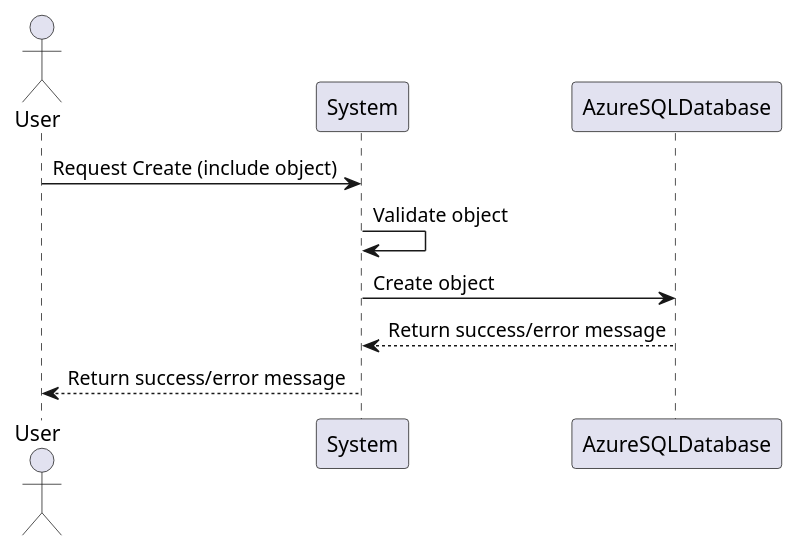
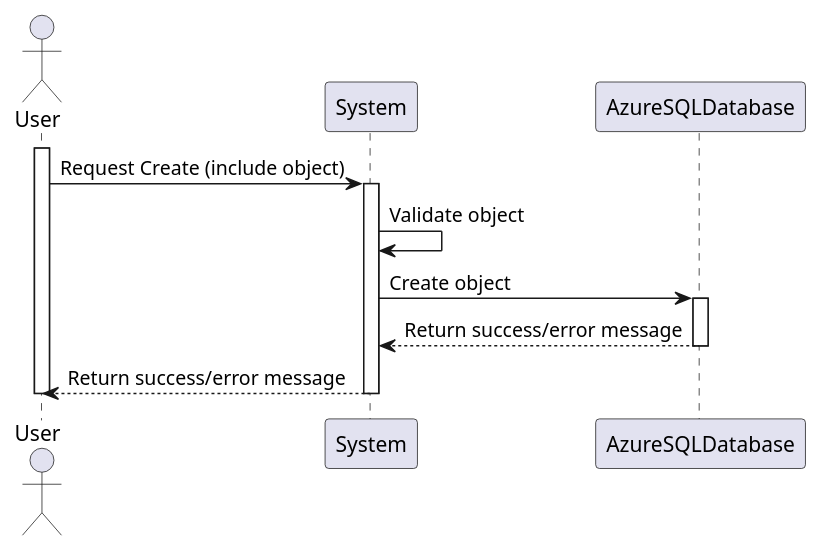
One commit to 1221124/sem5pi-24-25-g031 changed the diagram in docs/SprintB/SoftwareArchitecture/ComponentDiagrams/Level1/ProcessView/Create/SSD-Create.puml. Above: the diagram before and after it, drawn with PlantUML. The commit also changed 2 other files, not shown here.

Commit message:
#2 Architecture Artifacts Level 1 Create
Done process View Level 1 ssd Create

```diff
--- a/docs/SprintB/SoftwareArchitecture/ComponentDiagrams/Level1/ProcessView/Create/SSD-Create.puml
+++ b/docs/SprintB/SoftwareArchitecture/ComponentDiagrams/Level1/ProcessView/Create/SSD-Create.puml
@@ -1,13 +1,24 @@
 @startuml SSD-Create
 
 actor User
 participant System
 participant AzureSQLDatabase
 
-User -> System : Request Create (include object)
-System -> System : Validate object
-System -> AzureSQLDatabase : Create object
-AzureSQLDatabase --> System : Return success/error message
-System --> User : Return success/error message
+activate User
+    User -> System : Request Create (include object)
+    activate System
+        
+        System -> System : Validate object
+        
+        System -> AzureSQLDatabase : Create object
+        activate AzureSQLDatabase
+            
+            AzureSQLDatabase --> System : Return success/error message
+        deactivate AzureSQLDatabase
+        
+        System --> User : Return success/error message
+    deactivate System
+deactivate User
+        
 
 @enduml
```
